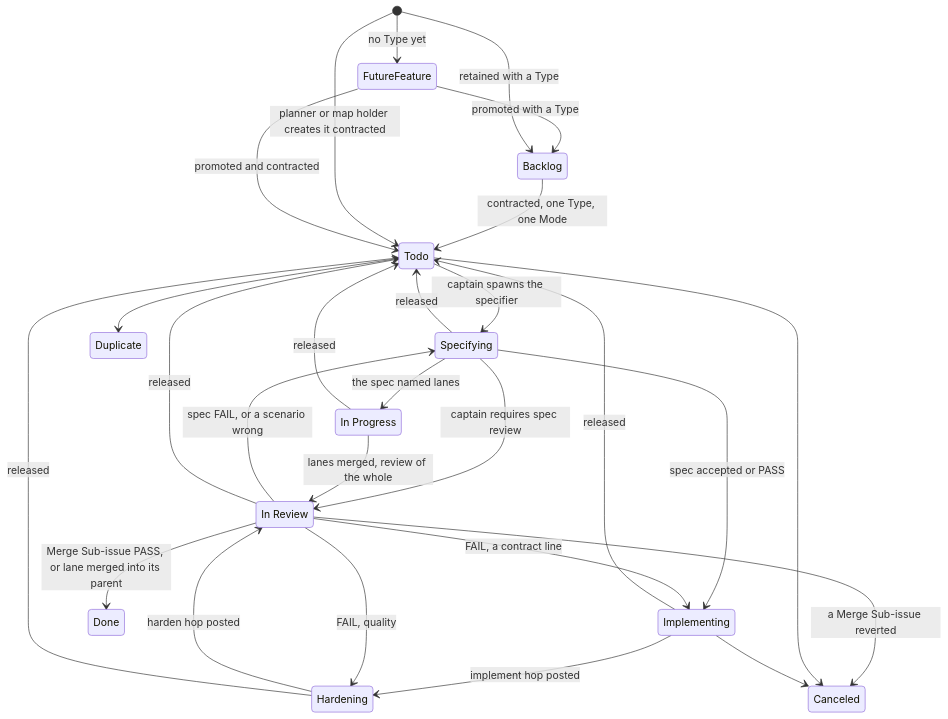
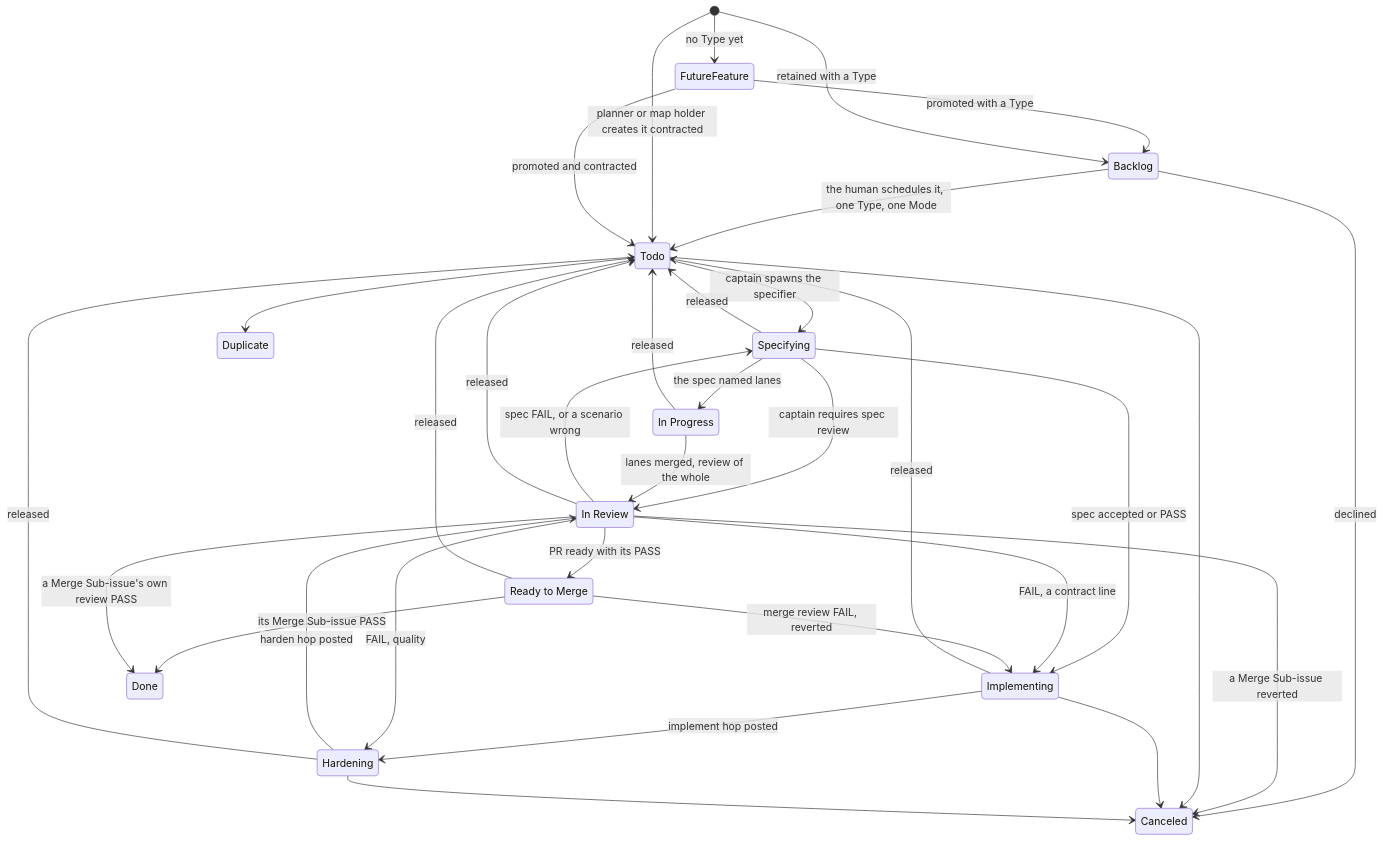
The fourth of 12 diagrams in dydo/understand/control-flow.md (bodnarbalazs/dydo), drawn with Mermaid before and after one commit. The commit also changed other lines of this file and 6 other files, not shown here.

First line of the commit message:
docs: DR 047 second grill: Ready to Merge, priority, the two wake signals, two tiers; setup guide; standard and map amended

````diff
--- a/dydo/understand/control-flow.md
+++ b/dydo/understand/control-flow.md
@@ -266,37 +269,44 @@
 ```mermaid
 stateDiagram-v2
   state "FutureFeature" as Future
   state "Todo" as Todo
   state "Specifying" as Specifying
+  state "In Progress" as InProgress
   state "Implementing" as Implementing
   state "Hardening" as Hardening
   state "In Review" as InReview
-  state "In Progress" as InProgress
+  state "Ready to Merge" as Ready
   state "Done" as Done
   [*] --> Future: no Type yet
   Future --> Backlog: promoted with a Type
   [*] --> Backlog: retained with a Type
-  Backlog --> Todo: contracted, one Type, one Mode
+  Backlog --> Todo: the human schedules it, one Type, one Mode
+  Backlog --> Canceled: declined
   [*] --> Todo: planner or map holder creates it contracted
   Todo --> Specifying: captain spawns the specifier
   Specifying --> InReview: captain requires spec review
   InReview --> Specifying: spec FAIL, or a scenario wrong
   Specifying --> Implementing: spec accepted or PASS
   Specifying --> InProgress: the spec named lanes
   InProgress --> InReview: lanes merged, review of the whole
   Implementing --> Hardening: implement hop posted
   Hardening --> InReview: harden hop posted
   InReview --> Implementing: FAIL, a contract line
   InReview --> Hardening: FAIL, quality
-  InReview --> Done: Merge Sub-issue PASS, or lane merged into its parent
+  InReview --> Ready: PR ready with its PASS
+  Ready --> Done: its Merge Sub-issue PASS
+  Ready --> Implementing: merge review FAIL, reverted
+  InReview --> Done: a Merge Sub-issue's own review PASS
   Specifying --> Todo: released
   Implementing --> Todo: released
   Hardening --> Todo: released
   InReview --> Todo: released
+  Ready --> Todo: released
   InProgress --> Todo: released
   Future --> Todo: promoted and contracted
   InReview --> Canceled: a Merge Sub-issue reverted
   Todo --> Canceled
   Implementing --> Canceled
+  Hardening --> Canceled
   Todo --> Duplicate
 ```
````
